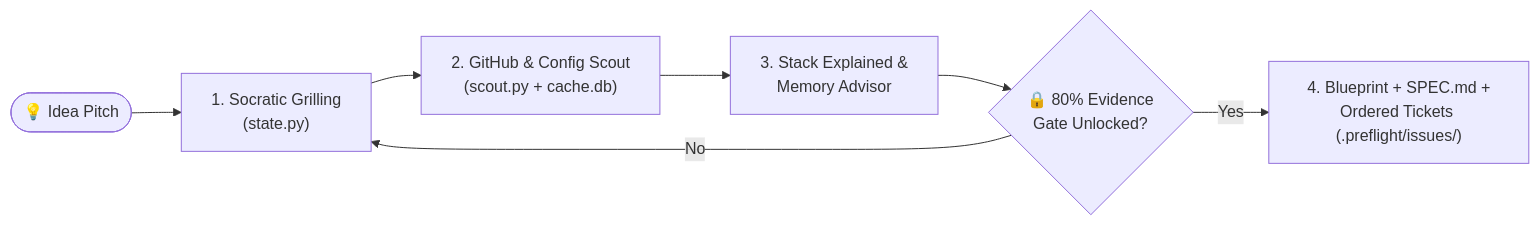
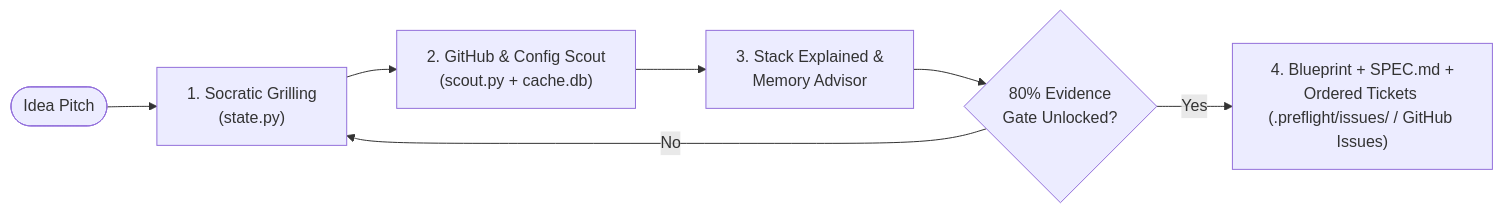
One commit to thilak15/preflight changed the diagram in README.md. Above: the diagram before and after it, drawn with Mermaid. The commit also changed other lines of this file, not shown here.

Commit message:
docs(readme): add github issues exporter guide and remove all emojis

````diff
--- a/README.md
+++ b/README.md
@@ -83,9 +114,9 @@
 ```mermaid
 flowchart LR
-    A(["💡 Idea Pitch"]) --> B["1. Socratic Grilling\n(state.py)"]
+    A(["Idea Pitch"]) --> B["1. Socratic Grilling\n(state.py)"]
     B --> C["2. GitHub & Config Scout\n(scout.py + cache.db)"]
     C --> D["3. Stack Explained &\nMemory Advisor"]
-    D --> E{"🔒 80% Evidence\nGate Unlocked?"}
+    D --> E{"80% Evidence\nGate Unlocked?"}
     E -->|"No"| B
-    E -->|"Yes"| F["4. Blueprint + SPEC.md +\nOrdered Tickets (.preflight/issues/)"]
+    E -->|"Yes"| F["4. Blueprint + SPEC.md +\nOrdered Tickets (.preflight/issues/ / GitHub Issues)"]
 ```
````
